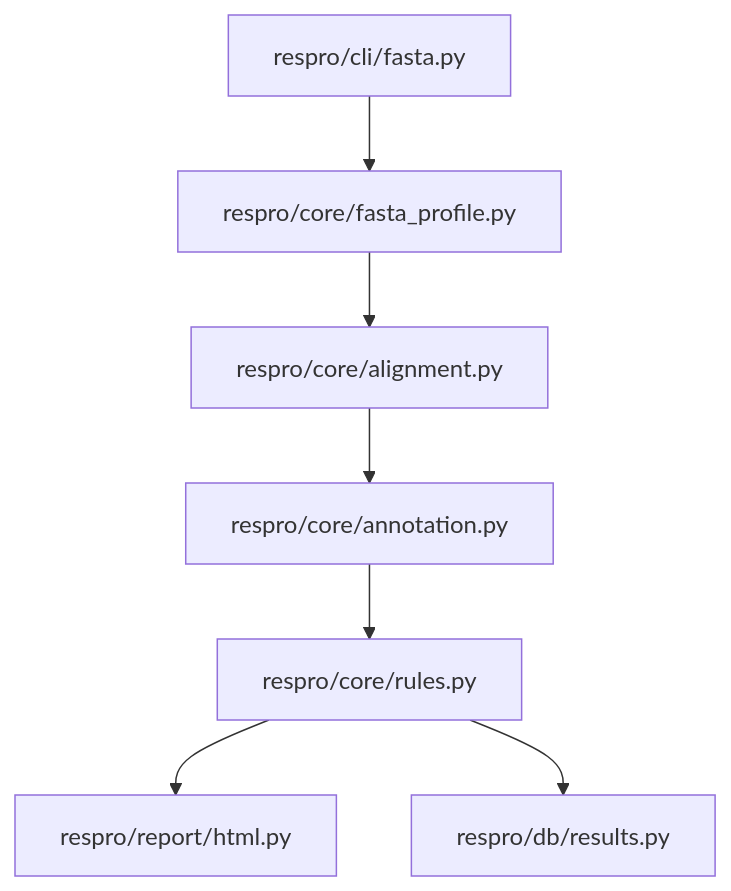
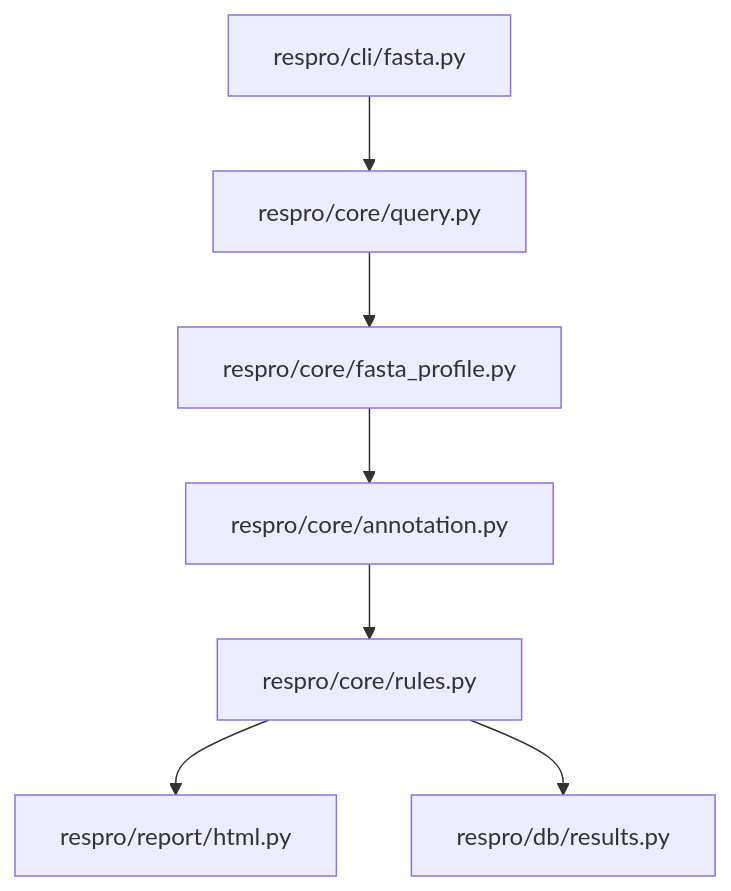
Before and after one commit to the-foxlab/ResistanceProfiler: the third of 4 diagrams in docs/development/detailed_respro_layout.md, drawn with Mermaid. The commit also changed other lines of this file, not shown here.

Commit message:
docs: update FASTA profiling chain diagram post-refactoring
Update the FASTA profiling chain to reflect the refactored architecture:
- Add respro/core/query.py as the first step (handles alignment internally)
- Move respro/core/fasta_profile.py after query resolution
- Note that alignment via respro/core/alignment.py is internal to query resolution
- Add integration note explaining how fasta_to_vcf() emits VariantCall records
  that feed directly into the shared annotation pipeline

This unifies the VCF and FASTA variant interpretation paths.

````diff
--- a/docs/development/detailed_respro_layout.md
+++ b/docs/development/detailed_respro_layout.md
@@ -51,9 +51,9 @@
 ```mermaid
 flowchart TD
-    A[respro/cli/fasta.py] --> B[respro/core/fasta_profile.py]
-    B --> C[respro/core/alignment.py]
+    A[respro/cli/fasta.py] --> B[respro/core/query.py]
+    B --> C[respro/core/fasta_profile.py]
     C --> D[respro/core/annotation.py]
     D --> E[respro/core/rules.py]
     E --> F[respro/report/html.py]
     E --> G[respro/db/results.py]
 ```
````
